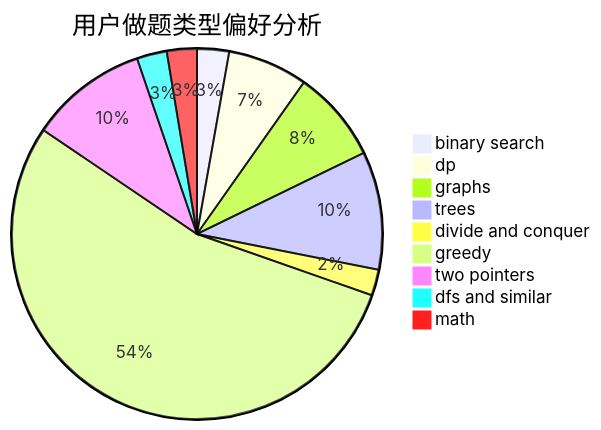
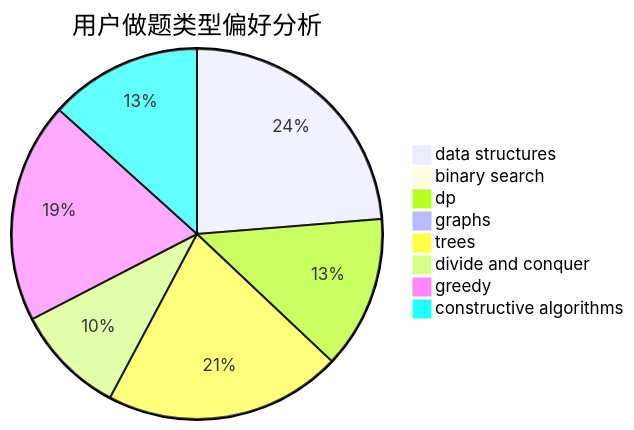
Before and after one commit to sherpahu/cfrs.github.io: the second of 3 diagrams in docs/user/u2640.md, drawn with Mermaid. The commit also changed other lines of this file and 2775 other files, not shown here.

````diff
--- a/docs/user/u2640.md
+++ b/docs/user/u2640.md
@@ -23,12 +23,11 @@
 ```mermaid
 pie title 用户做题类型偏好分析
-    "binary search" :  16
-    "dp" :  40
-    "graphs" :  46
-    "trees" :  59
+    "data structures" :  32
+    "binary search" :  1
+    "dp" :  18
+    "graphs" :  0
+    "trees" :  28
     "divide and conquer" :  13
-    "greedy" :  310
-    "two pointers" :  59
-    "dfs and similar" :  15
-    "math" :  15
+    "greedy" :  26
+    "constructive algorithms" :  18
 ```
````
